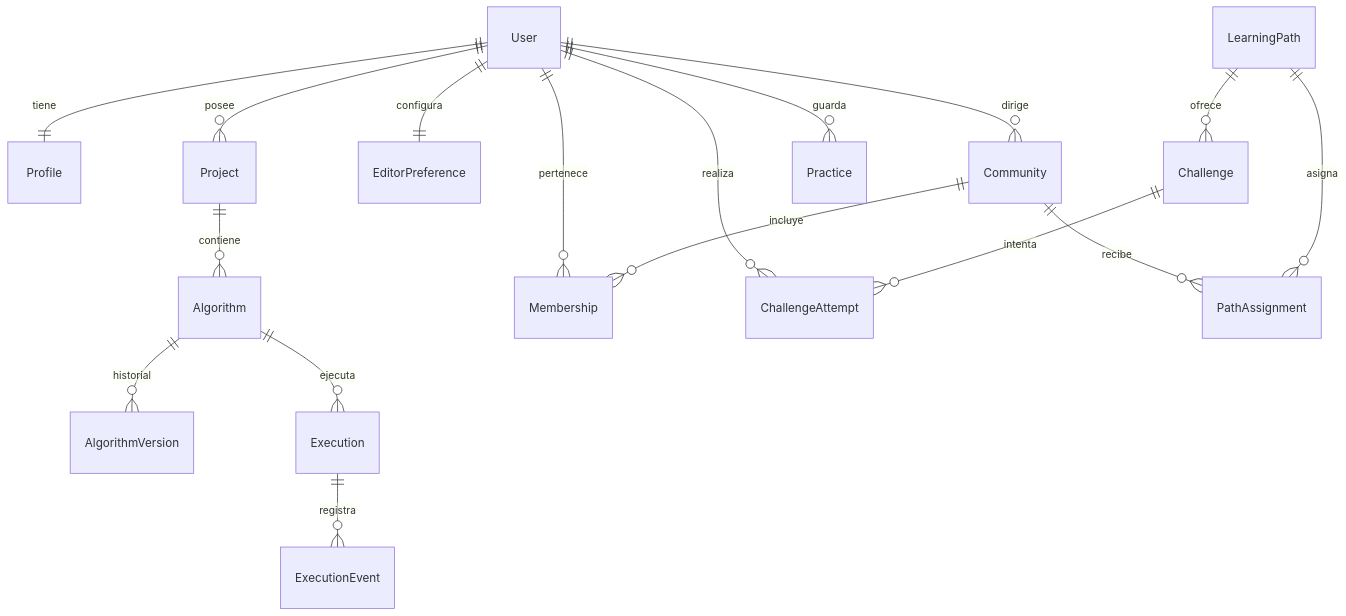
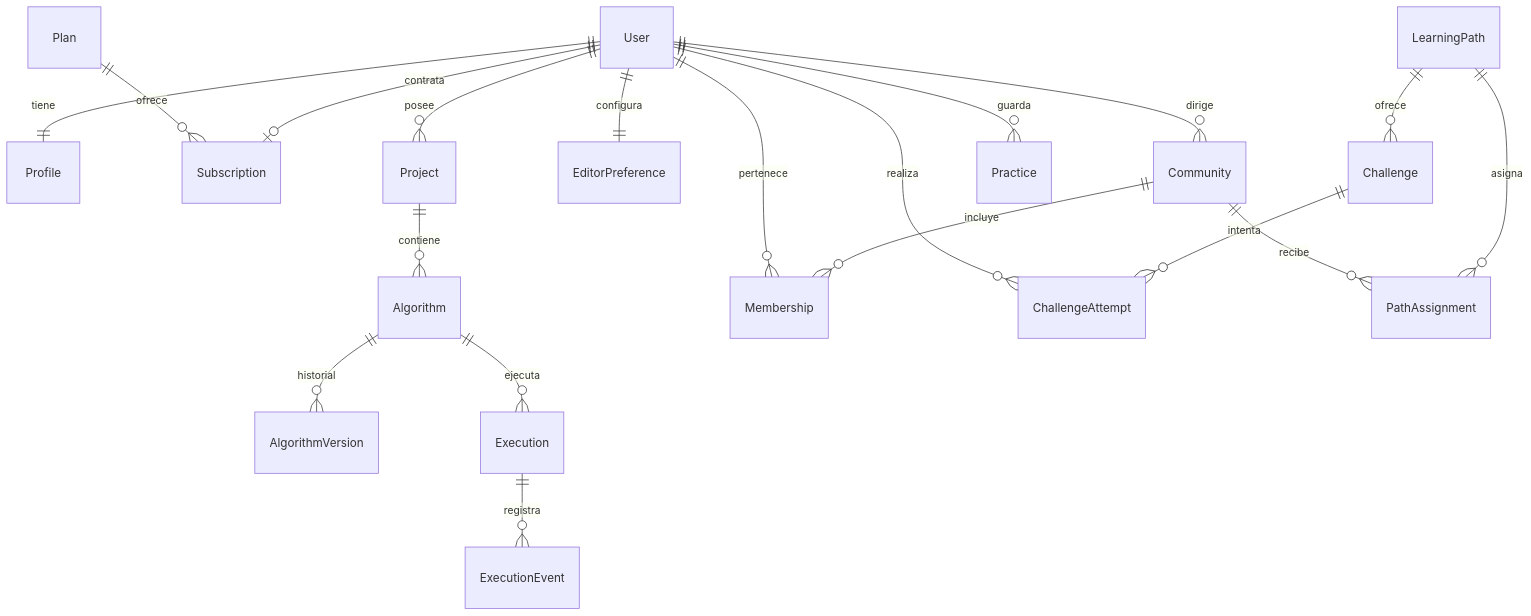
The diagram in docs/vistas/arquitectura-de-datos.md (roque-code/FCDesign_client_server), drawn with Mermaid before and after one commit. The commit also changed other lines of this file and 22 other files, not shown here.

````diff
--- a/docs/vistas/arquitectura-de-datos.md
+++ b/docs/vistas/arquitectura-de-datos.md
@@ -7,19 +7,21 @@
 ```mermaid
 erDiagram
     User ||--|| Profile : tiene
+    User ||--o| Subscription : contrata
+    Plan ||--o{ Subscription : ofrece
     User ||--o{ Project : posee
     User ||--|| EditorPreference : configura
     Project ||--o{ Algorithm : contiene
     Algorithm ||--o{ AlgorithmVersion : historial
     Algorithm ||--o{ Execution : ejecuta
     Execution ||--o{ ExecutionEvent : registra
     User ||--o{ Community : dirige
     Community ||--o{ Membership : incluye
     User ||--o{ Membership : pertenece
     LearningPath ||--o{ Challenge : ofrece
     Challenge ||--o{ ChallengeAttempt : intenta
     User ||--o{ ChallengeAttempt : realiza
     User ||--o{ Practice : guarda
     LearningPath ||--o{ PathAssignment : asigna
     Community ||--o{ PathAssignment : recibe
 ```
````
